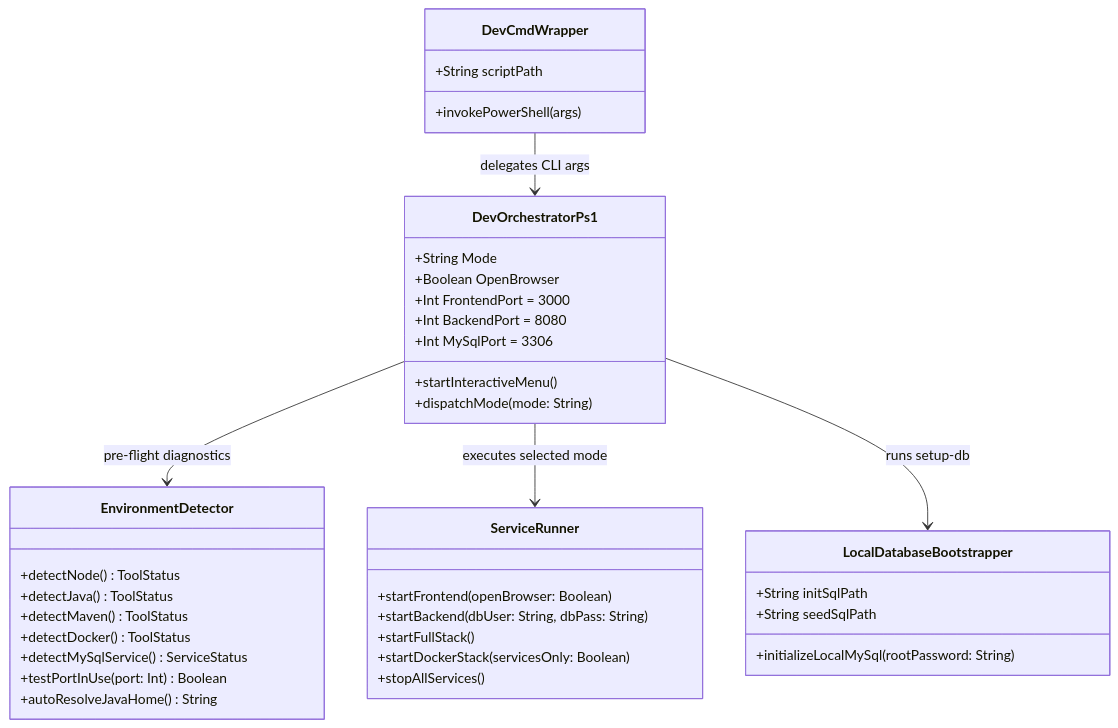
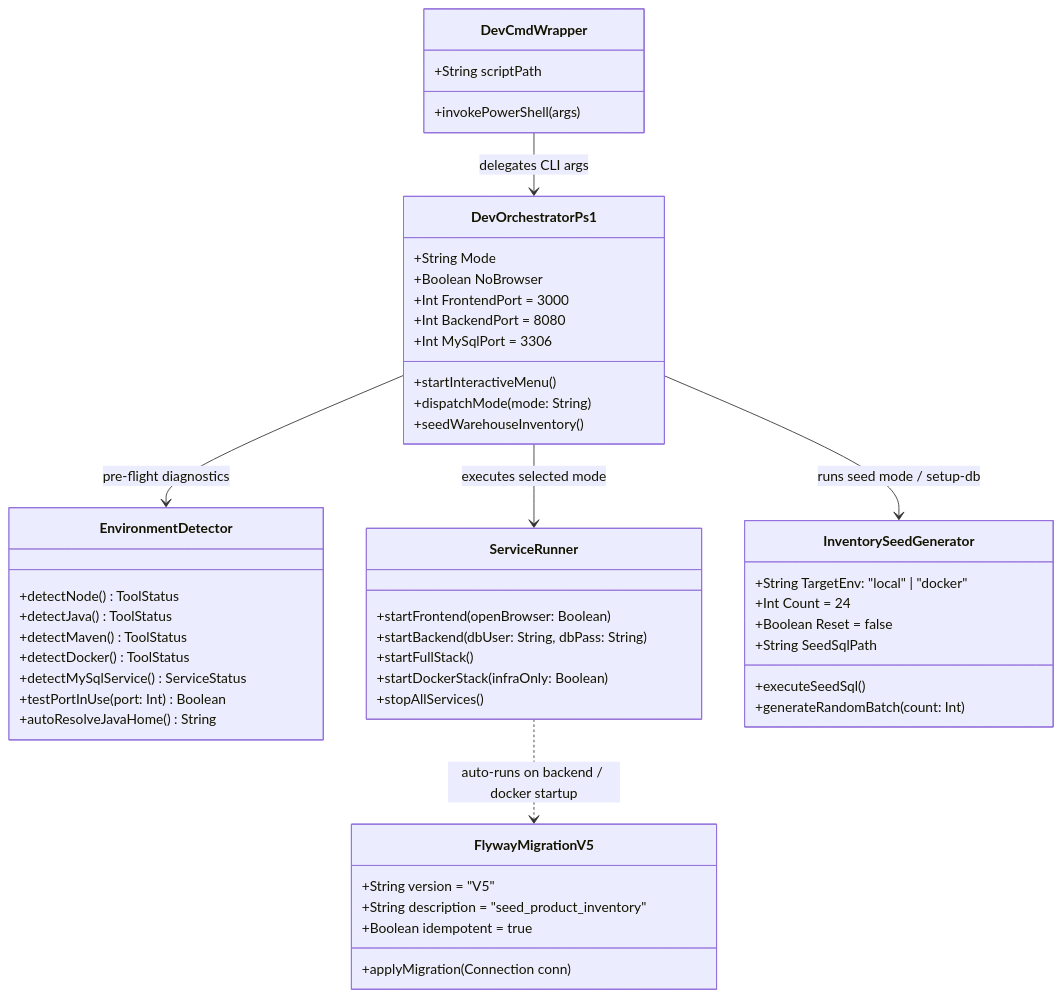
The first of 3 diagrams in docs/detail-design/dd-local-dev-automation.md (bankientapcode-1410/9h53), drawn with Mermaid before and after one commit. The commit also changed other lines of this file and 54 other files, not shown here.

Commit message:
feat: complete UC6 core rule engine enhancements, product catalog filters, and dev automation tools

````diff
--- a/docs/detail-design/dd-local-dev-automation.md
+++ b/docs/detail-design/dd-local-dev-automation.md
@@ -49,46 +58,58 @@
 ```mermaid
 classDiagram
     class DevCmdWrapper {
         +String scriptPath
         +invokePowerShell(args)
     }
 
     class DevOrchestratorPs1 {
         +String Mode
-        +Boolean OpenBrowser
+        +Boolean NoBrowser
         +Int FrontendPort = 3000
         +Int BackendPort = 8080
         +Int MySqlPort = 3306
         +startInteractiveMenu()
         +dispatchMode(mode: String)
+        +seedWarehouseInventory()
     }
 
     class EnvironmentDetector {
         +detectNode() ToolStatus
         +detectJava() ToolStatus
         +detectMaven() ToolStatus
         +detectDocker() ToolStatus
         +detectMySqlService() ServiceStatus
         +testPortInUse(port: Int) Boolean
         +autoResolveJavaHome() String
     }
 
     class ServiceRunner {
         +startFrontend(openBrowser: Boolean)
         +startBackend(dbUser: String, dbPass: String)
         +startFullStack()
-        +startDockerStack(servicesOnly: Boolean)
+        +startDockerStack(infraOnly: Boolean)
         +stopAllServices()
     }
 
-    class LocalDatabaseBootstrapper {
-        +String initSqlPath
-        +String seedSqlPath
-        +initializeLocalMySql(rootPassword: String)
+    class InventorySeedGenerator {
+        +String TargetEnv: "local" | "docker"
+        +Int Count = 24
+        +Boolean Reset = false
+        +String SeedSqlPath
+        +executeSeedSql()
+        +generateRandomBatch(count: Int)
+    }
+
+    class FlywayMigrationV5 {
+        +String version = "V5"
+        +String description = "seed_product_inventory"
+        +Boolean idempotent = true
+        +applyMigration(Connection conn)
     }
 
     DevCmdWrapper --> DevOrchestratorPs1 : delegates CLI args
     DevOrchestratorPs1 --> EnvironmentDetector : pre-flight diagnostics
     DevOrchestratorPs1 --> ServiceRunner : executes selected mode
-    DevOrchestratorPs1 --> LocalDatabaseBootstrapper : runs setup-db
+    DevOrchestratorPs1 --> InventorySeedGenerator : runs seed mode / setup-db
+    ServiceRunner ..> FlywayMigrationV5 : auto-runs on backend / docker startup
 ```
````
